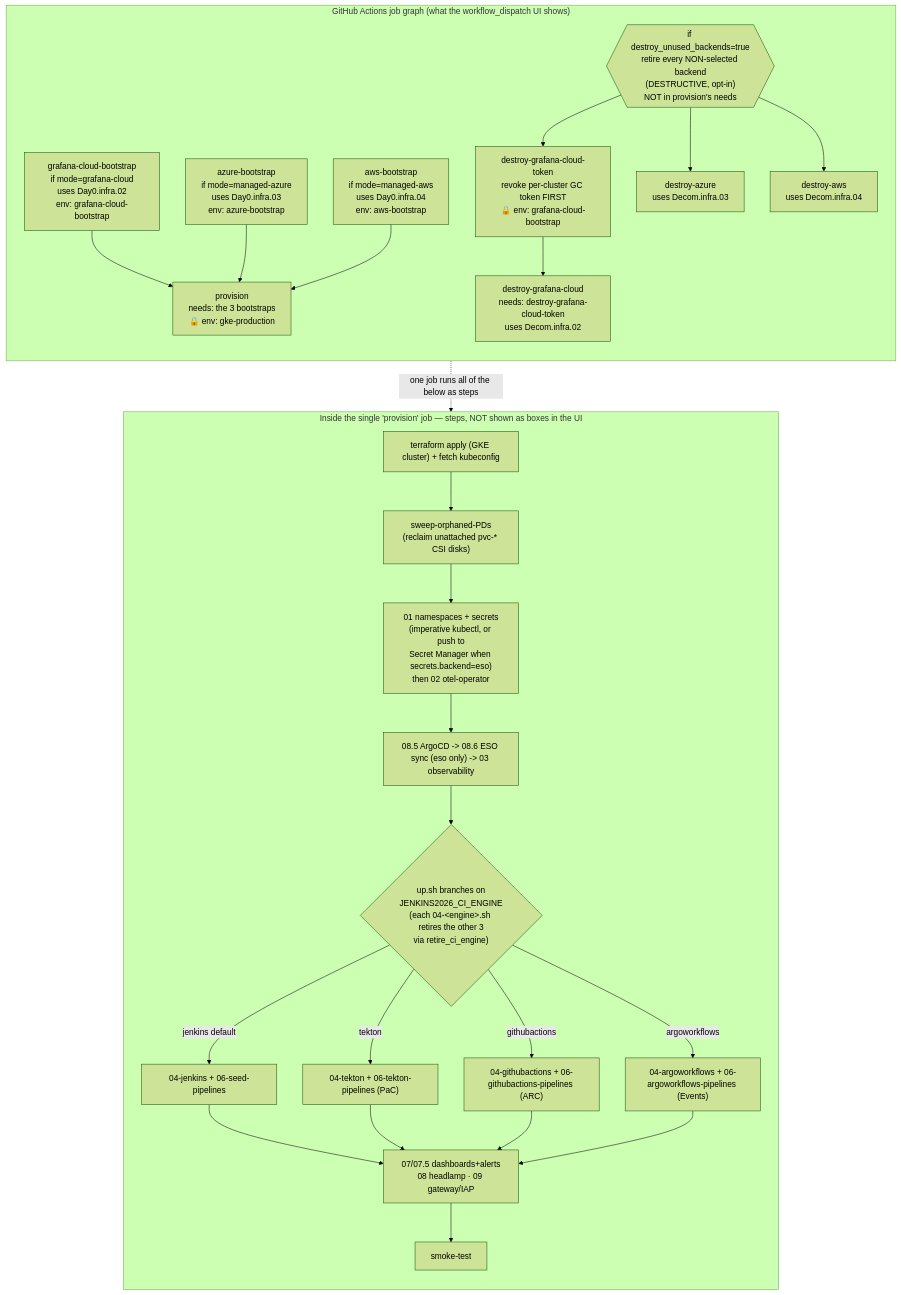
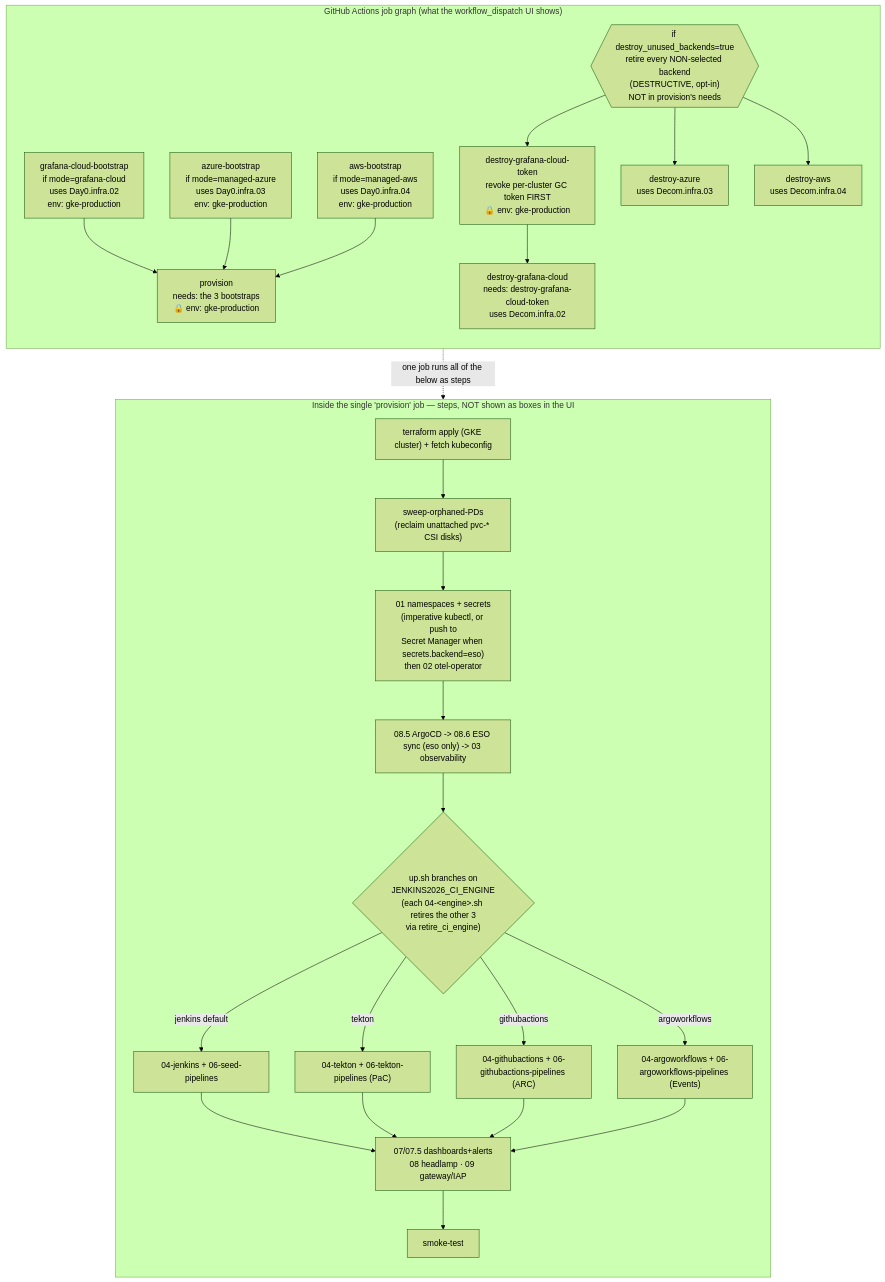
One commit to nubenetes/jenkins-2026 changed the ninth of 10 diagrams in docs/101-GITHUB_ACTIONS_WORKFLOWS.md. Above: the diagram before and after it, drawn with Mermaid (forest theme). The commit also changed other lines of this file and 11 other files, not shown here.

Commit message:
refactor(gha): consolidate all environments under gke-production to prevent approval fatigue

````diff
--- a/docs/101-GITHUB_ACTIONS_WORKFLOWS.md
+++ b/docs/101-GITHUB_ACTIONS_WORKFLOWS.md
@@ -818,50 +818,50 @@
 ```mermaid
 flowchart TD
     subgraph JOBS["GitHub Actions job graph (what the workflow_dispatch UI shows)"]
         direction TB
-        B1["grafana-cloud-bootstrap<br/>if mode=grafana-cloud<br/>uses Day0.infra.02<br/>env: grafana-cloud-bootstrap"]
-        B2["azure-bootstrap<br/>if mode=managed-azure<br/>uses Day0.infra.03<br/>env: azure-bootstrap"]
-        B3["aws-bootstrap<br/>if mode=managed-aws<br/>uses Day0.infra.04<br/>env: aws-bootstrap"]
+        B1["grafana-cloud-bootstrap<br/>if mode=grafana-cloud<br/>uses Day0.infra.02<br/>env: gke-production"]
+        B2["azure-bootstrap<br/>if mode=managed-azure<br/>uses Day0.infra.03<br/>env: gke-production"]
+        B3["aws-bootstrap<br/>if mode=managed-aws<br/>uses Day0.infra.04<br/>env: gke-production"]
         P["provision<br/>needs: the 3 bootstraps<br/>🔒 env: gke-production"]
         B1 --> P
         B2 --> P
         B3 --> P
 
-        DT["destroy-grafana-cloud-token<br/>revoke per-cluster GC token FIRST<br/>🔒 env: grafana-cloud-bootstrap"]
+        DT["destroy-grafana-cloud-token<br/>revoke per-cluster GC token FIRST<br/>🔒 env: gke-production"]
         D1["destroy-grafana-cloud<br/>needs: destroy-grafana-cloud-token<br/>uses Decom.infra.02"]
         D2["destroy-azure<br/>uses Decom.infra.03"]
         D3["destroy-aws<br/>uses Decom.infra.04"]
         DEC{{"if destroy_unused_backends=true<br/>retire every NON-selected backend<br/>(DESTRUCTIVE, opt-in)<br/>NOT in provision's needs"}}
         DEC --> DT
         DT --> D1
         DEC --> D2
         DEC --> D3
     end
 
     subgraph INSIDE["Inside the single 'provision' job — steps, NOT shown as boxes in the UI"]
         direction TB
         TF["terraform apply (GKE cluster) + fetch kubeconfig"]
         PD["sweep-orphaned-PDs<br/>(reclaim unattached pvc-* CSI disks)"]
         NS["01 namespaces + secrets<br/>(imperative kubectl, or push to<br/>Secret Manager when secrets.backend=eso)<br/>then 02 otel-operator"]
         CD["08.5 ArgoCD -> 08.6 ESO sync (eso only) -> 03 observability"]
         UP{"up.sh branches on<br/>JENKINS2026_CI_ENGINE<br/>(each 04-&lt;engine&gt;.sh retires the other 3<br/>via retire_ci_engine)"}
         JEN["04-jenkins + 06-seed-pipelines"]
         TEK["04-tekton + 06-tekton-pipelines (PaC)"]
         GHA["04-githubactions + 06-githubactions-pipelines (ARC)"]
         AWF["04-argoworkflows + 06-argoworkflows-pipelines (Events)"]
         REST["07/07.5 dashboards+alerts<br/>08 headlamp · 09 gateway/IAP"]
         SMOKE["smoke-test"]
         TF --> PD --> NS --> CD --> UP
         UP -->|jenkins default| JEN
         UP -->|tekton| TEK
         UP -->|githubactions| GHA
         UP -->|argoworkflows| AWF
         JEN --> REST
         TEK --> REST
         GHA --> REST
         AWF --> REST
         REST --> SMOKE
     end
 
     P -.->|"one job runs all of the below as steps"| INSIDE
 ```
````
